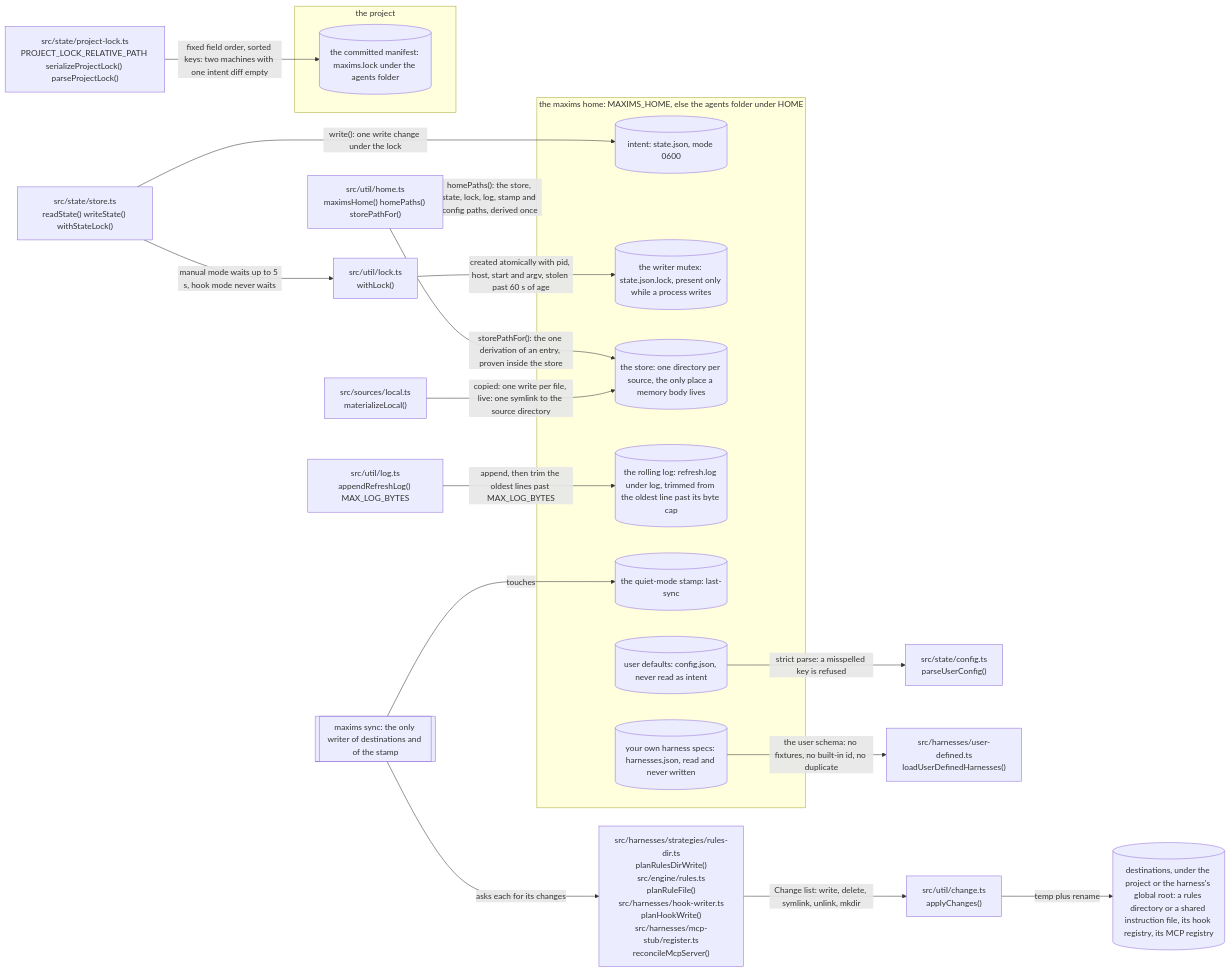
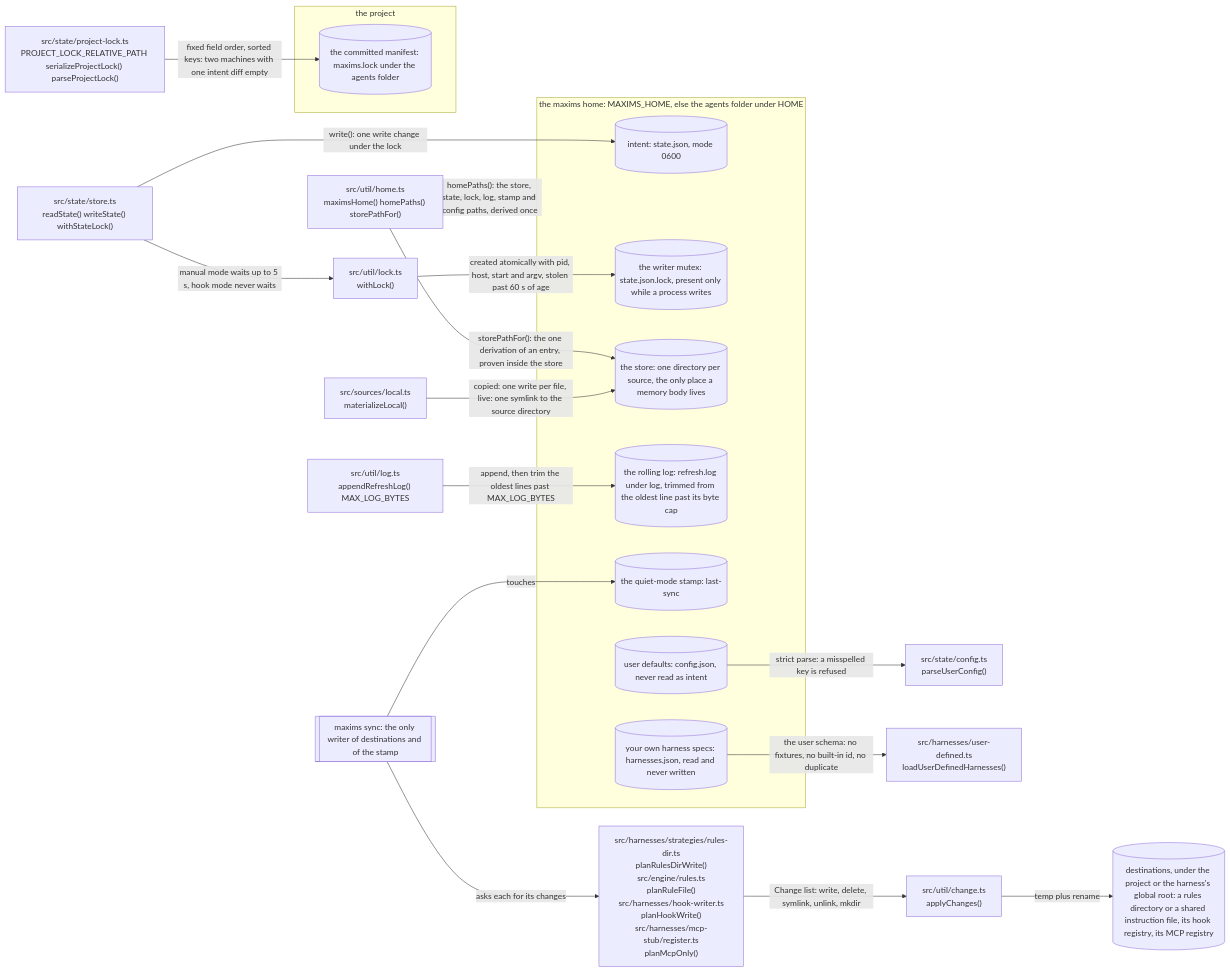
The first of 15 diagrams in docs/architecture.md (Vivswan/maxims), drawn with Mermaid before and after one commit. The commit also changed other lines of this file and 17 other files, not shown here.

Commit message:
feat(sync): plan and apply the MCP server registration beside the hook (#139)

````diff
--- a/docs/architecture.md
+++ b/docs/architecture.md
@@ -16,41 +16,41 @@
 ```mermaid
 flowchart LR
   home["src/util/home.ts<br>maximsHome() homePaths() storePathFor()"]
   subgraph homedir["the maxims home: MAXIMS_HOME, else the agents folder under HOME"]
     statefile[("intent: state.json, mode 0600")]
     lockfile[("the writer mutex: state.json.lock, present only while a process writes")]
     storedir[("the store: one directory per source, the only place a memory body lives")]
     logfile[("the rolling log: refresh.log under log, trimmed from the oldest line past its byte cap")]
     stamp[("the quiet-mode stamp: last-sync")]
     configfile[("user defaults: config.json, never read as intent")]
     userharness[("your own harness specs: harnesses.json, read and never written")]
   end
   subgraph project["the project"]
     projlock[("the committed manifest: maxims.lock under the agents folder")]
   end
   dest[("destinations, under the project or the harness's global root: a rules directory or a shared instruction file, its hook registry, its MCP registry")]
   store["src/state/store.ts<br>readState() writeState() withStateLock()"]
   lock["src/util/lock.ts<br>withLock()"]
   log["src/util/log.ts<br>appendRefreshLog() MAX_LOG_BYTES"]
   config["src/state/config.ts<br>parseUserConfig()"]
   userdef["src/harnesses/user-defined.ts<br>loadUserDefinedHarnesses()"]
   plock["src/state/project-lock.ts<br>PROJECT_LOCK_RELATIVE_PATH serializeProjectLock() parseProjectLock()"]
   local["src/sources/local.ts<br>materializeLocal()"]
-  planners["src/harnesses/strategies/rules-dir.ts<br>planRulesDirWrite()<br>src/engine/rules.ts<br>planRuleFile()<br>src/harnesses/hook-writer.ts<br>planHookWrite()<br>src/harnesses/mcp-stub/register.ts<br>reconcileMcpServer()"]
+  planners["src/harnesses/strategies/rules-dir.ts<br>planRulesDirWrite()<br>src/engine/rules.ts<br>planRuleFile()<br>src/harnesses/hook-writer.ts<br>planHookWrite()<br>src/harnesses/mcp-stub/register.ts<br>planMcpOnly()"]
   apply["src/util/change.ts<br>applyChanges()"]
   sync[["maxims sync: the only writer of destinations and of the stamp"]]
   home -->|"homePaths(): the store, state, lock, log, stamp and config paths, derived once"| homedir
   home -->|"storePathFor(): the one derivation of an entry, proven inside the store"| storedir
   store -->|"write(): one write change under the lock"| statefile
   store -->|"manual mode waits up to 5 s, hook mode never waits"| lock
   lock -->|"created atomically with pid, host, start and argv, stolen past 60 s of age"| lockfile
   local -->|"copied: one write per file, live: one symlink to the source directory"| storedir
   log -->|"append, then trim the oldest lines past MAX_LOG_BYTES"| logfile
   configfile -->|"strict parse: a misspelled key is refused"| config
   userharness -->|"the user schema: no fixtures, no built-in id, no duplicate"| userdef
   plock -->|"fixed field order, sorted keys: two machines with one intent diff empty"| projlock
   sync -->|"touches"| stamp
   sync -->|"asks each for its changes"| planners
   planners -->|"Change list: write, delete, symlink, unlink, mkdir"| apply
   apply -->|"temp plus rename"| dest
 ```
````
